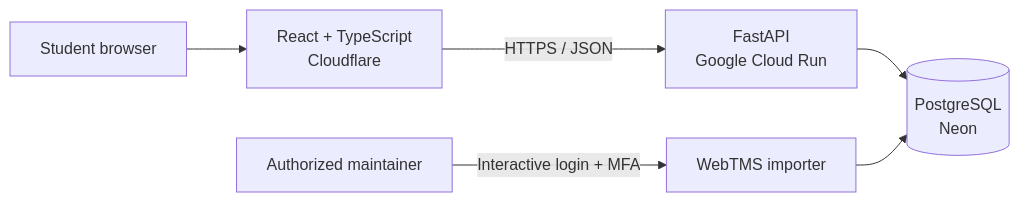
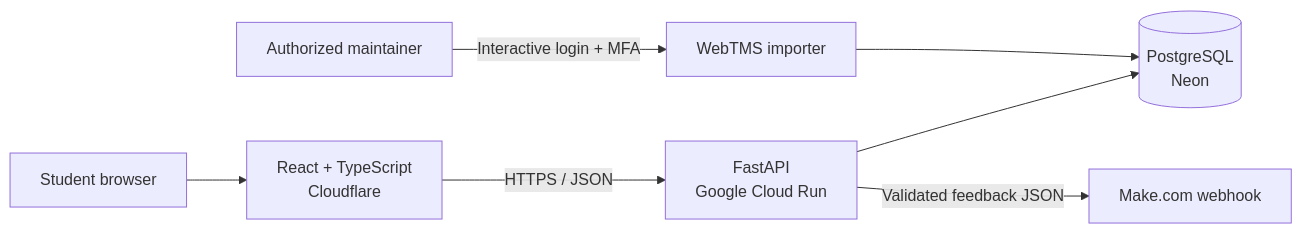
One commit to batzolboot/schedules-generator changed the diagram in README.md. Above: the diagram before and after it, drawn with Mermaid. The commit also changed other lines of this file and 13 other files, not shown here.

````diff
--- a/README.md
+++ b/README.md
@@ -26,8 +26,9 @@
 ```mermaid
 flowchart LR
     Browser["Student browser"] --> Frontend["React + TypeScript\nCloudflare"]
     Frontend -->|"HTTPS / JSON"| API["FastAPI\nGoogle Cloud Run"]
     API --> Database[("PostgreSQL\nNeon")]
+    API -->|"Validated feedback JSON"| Make["Make.com webhook"]
     Maintainer["Authorized maintainer"] -->|"Interactive login + MFA"| Importer["WebTMS importer"]
     Importer --> Database
 ```
````
